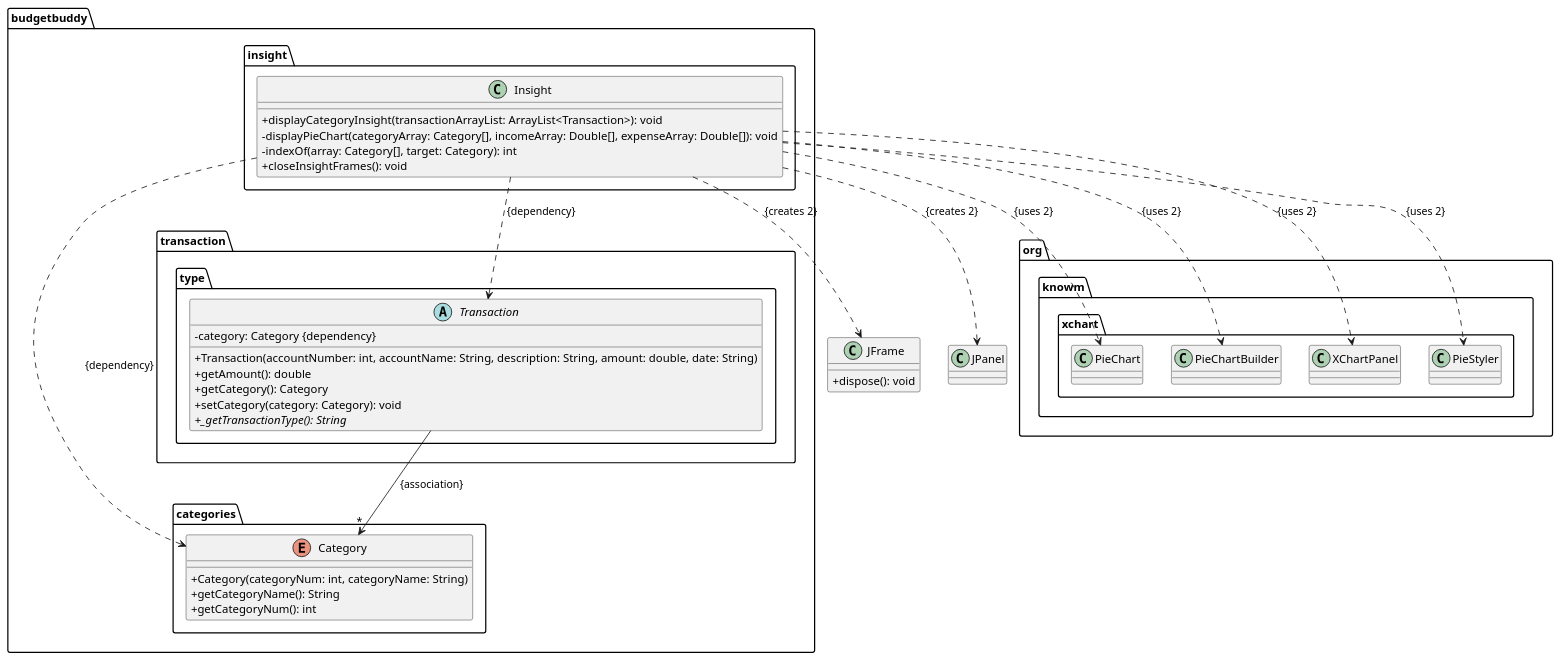
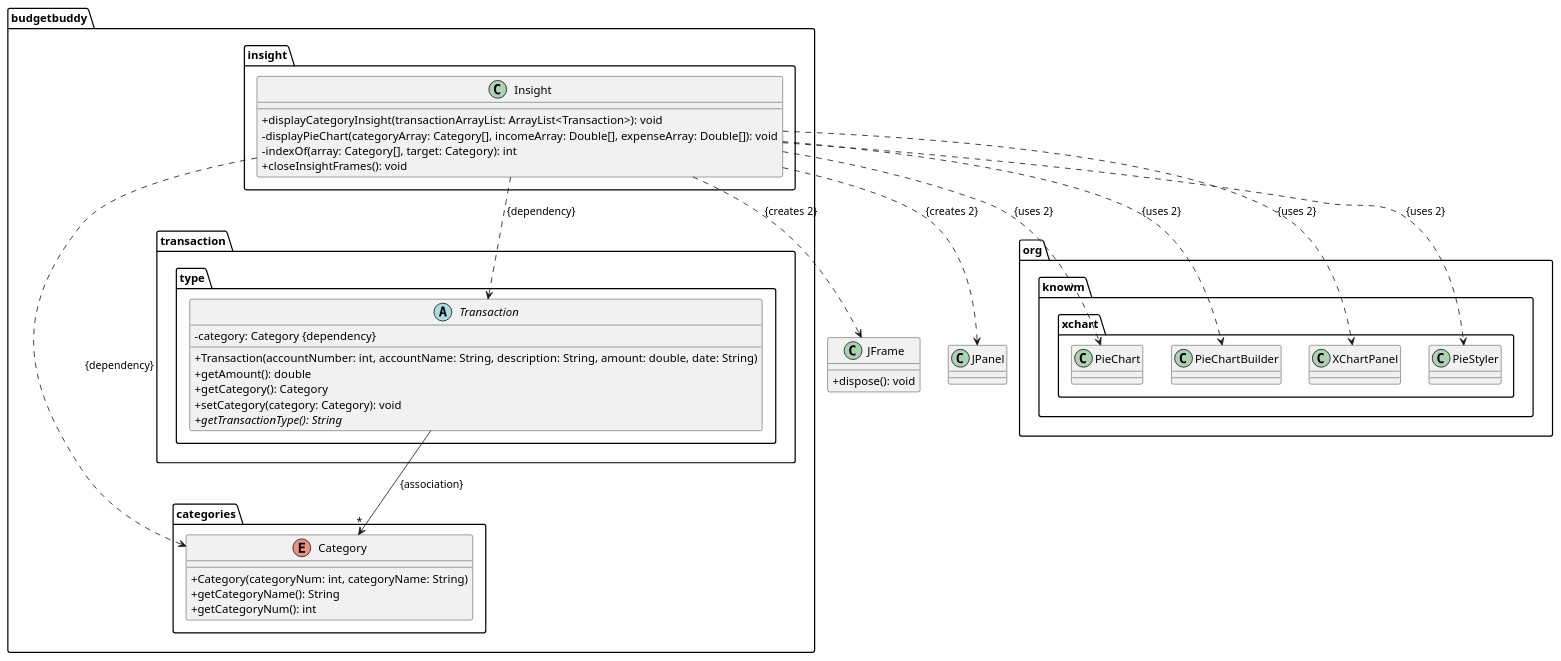
One commit to Vavinan/tp changed the diagram in docs/uml/insightDiagram.puml. Above: the diagram before and after it, drawn with PlantUML. The commit also changed 1 other file, not shown here.

```diff
--- a/docs/uml/insightDiagram.puml
+++ b/docs/uml/insightDiagram.puml
@@ -1,53 +1,53 @@
 @startuml
 skinparam classAttributeIconSize 0
 package budgetbuddy.insight {
     class Insight {
         +displayCategoryInsight(transactionArrayList: ArrayList<Transaction>): void
         -displayPieChart(categoryArray: Category[], incomeArray: Double[], expenseArray: Double[]): void
         -indexOf(array: Category[], target: Category): int
         +closeInsightFrames(): void
     }
 }
 
 package budgetbuddy.categories {
     enum Category {
         +Category(categoryNum: int, categoryName: String)
         +getCategoryName(): String
         +getCategoryNum(): int
     }
 }
 
 package budgetbuddy.transaction.type {
     abstract class Transaction {
         -category: Category {dependency}
         +Transaction(accountNumber: int, accountName: String, description: String, amount: double, date: String)
         +getAmount(): double
         +getCategory(): Category
         +setCategory(category: Category): void
-        {abstract} +_getTransactionType(): String
+        {abstract} +getTransactionType(): String
     }
 }
 
 package org.knowm.xchart {
     class PieChart
     class PieChartBuilder
     class XChartPanel
     class PieStyler
 }
 
 class JFrame {
     +dispose(): void
 }
 class JPanel
 
 Insight ...>  Category : " {dependency}        "
 Insight ..>   Transaction: {dependency}
 Transaction --> "*" Category: {association}
 Insight ..>  JFrame :{creates 2}
 Insight ..>  JPanel: {creates 2}
 Insight ..>  PieChart: {uses 2}
 Insight ..>  PieChartBuilder: {uses 2}
 Insight ..>  XChartPanel :{uses 2}
 Insight ..>  PieStyler: {uses 2}
 
 @enduml
```
